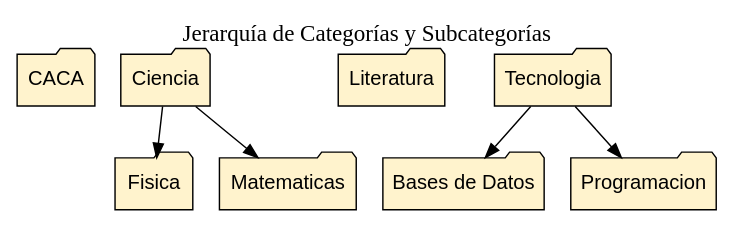
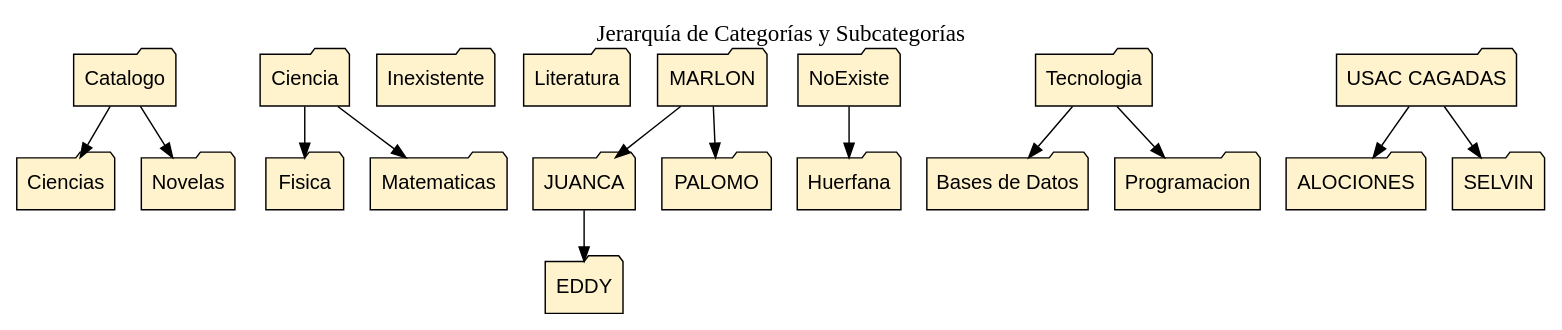
Before and after one commit to 4064998100101-cell/IPC2_Proy02_202602_202504191: the diagram in Proyecto2/wwwroot/cat_temp.dot, drawn with Graphviz. The commit also changed 4 other files, not shown here.

```diff
--- a/Proyecto2/wwwroot/cat_temp.dot
+++ b/Proyecto2/wwwroot/cat_temp.dot
@@ -1,19 +1,39 @@
 digraph Categorias {
    node [shape=folder, style="rounded,filled", fillcolor="#fff3cd", fontname="Arial"];
    edge [fontname="Arial"];
    label="Jerarquía de Categorías y Subcategorías\n";
    labelloc="top";
    fontsize=16;
-   cat_CACA [label="CACA"];
+   cat_Catalogo [label="Catalogo"];
+   cat_Catalogo -> cat_Ciencias;
+   cat_Ciencias [label="Ciencias"];
+   cat_Catalogo -> cat_Novelas;
+   cat_Novelas [label="Novelas"];
    cat_Ciencia [label="Ciencia"];
    cat_Ciencia -> cat_Fisica;
    cat_Fisica [label="Fisica"];
    cat_Ciencia -> cat_Matematicas;
    cat_Matematicas [label="Matematicas"];
+   cat_Inexistente [label="Inexistente"];
    cat_Literatura [label="Literatura"];
+   cat_MARLON [label="MARLON"];
+   cat_MARLON -> cat_JUANCA;
+   cat_JUANCA [label="JUANCA"];
+   cat_JUANCA -> cat_EDDY;
+   cat_EDDY [label="EDDY"];
+   cat_MARLON -> cat_PALOMO;
+   cat_PALOMO [label="PALOMO"];
+   cat_NoExiste [label="NoExiste"];
+   cat_NoExiste -> cat_Huerfana;
+   cat_Huerfana [label="Huerfana"];
    cat_Tecnologia [label="Tecnologia"];
    cat_Tecnologia -> cat_Bases_de_Datos;
    cat_Bases_de_Datos [label="Bases de Datos"];
    cat_Tecnologia -> cat_Programacion;
    cat_Programacion [label="Programacion"];
+   cat_USAC_CAGADAS [label="USAC CAGADAS"];
+   cat_USAC_CAGADAS -> cat_ALOCIONES;
+   cat_ALOCIONES [label="ALOCIONES"];
+   cat_USAC_CAGADAS -> cat_SELVIN;
+   cat_SELVIN [label="SELVIN"];
 }
```
